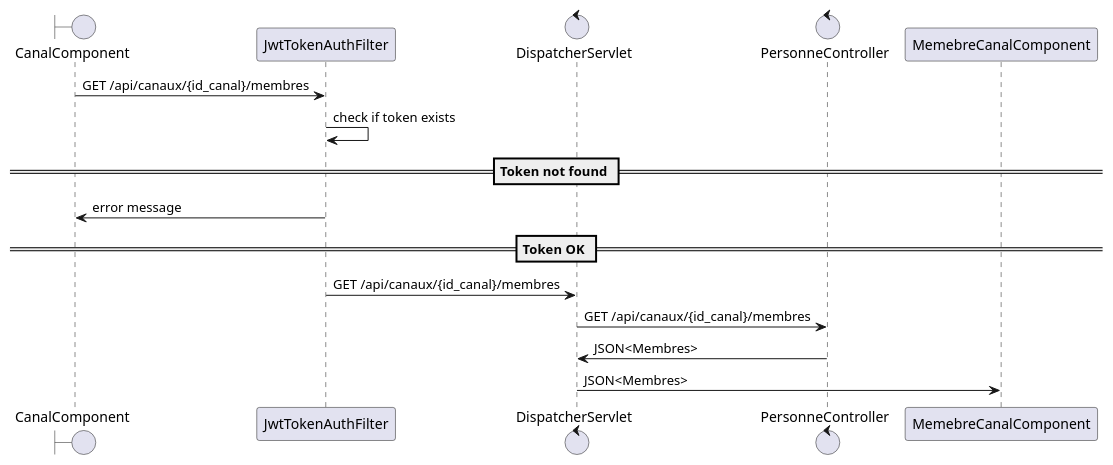
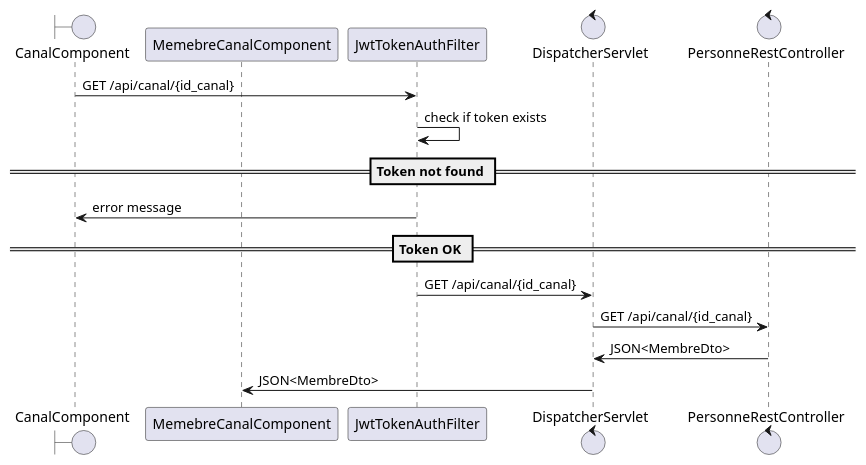
One commit to soupramanien/cdaMassy2021ReactJS changed the diagram in public/diagramme-de-sequence/ListerMembresDuCanal.puml. Above: the diagram before and after it, drawn with PlantUML. The commit also changed 3 other files, not shown here.

Commit message:
Merge branch 'huawei' ->Update diagrames de sequence

```diff
--- a/public/diagramme-de-sequence/ListerMembresDuCanal.puml
+++ b/public/diagramme-de-sequence/ListerMembresDuCanal.puml
@@ -3,16 +3,18 @@
 @startuml
+
 boundary CanalComponent
+participant MemebreCanalComponent
 participant JwtTokenAuthFilter
 control DispatcherServlet 
-control PersonneController 
+control PersonneRestController 
 
-CanalComponent -> JwtTokenAuthFilter : GET /api/canaux/{id_canal}/membres
+CanalComponent -> JwtTokenAuthFilter : GET /api/canal/{id_canal}
 JwtTokenAuthFilter -> JwtTokenAuthFilter : check if token exists
 ==Token not found ==
 JwtTokenAuthFilter -> CanalComponent : error message 
 ==Token OK ==
-JwtTokenAuthFilter -> DispatcherServlet : GET /api/canaux/{id_canal}/membres 
-DispatcherServlet -> PersonneController : GET /api/canaux/{id_canal}/membres
-PersonneController -> DispatcherServlet : JSON<Membres>
-DispatcherServlet -> MemebreCanalComponent : JSON<Membres>
+JwtTokenAuthFilter -> DispatcherServlet : GET /api/canal/{id_canal}
+DispatcherServlet -> PersonneRestController : GET /api/canal/{id_canal}
+PersonneRestController -> DispatcherServlet : JSON<MembreDto>
+DispatcherServlet -> MemebreCanalComponent : JSON<MembreDto>
 @enduml
```
